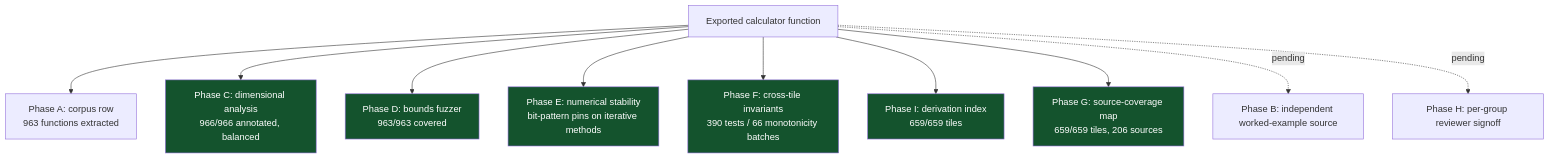
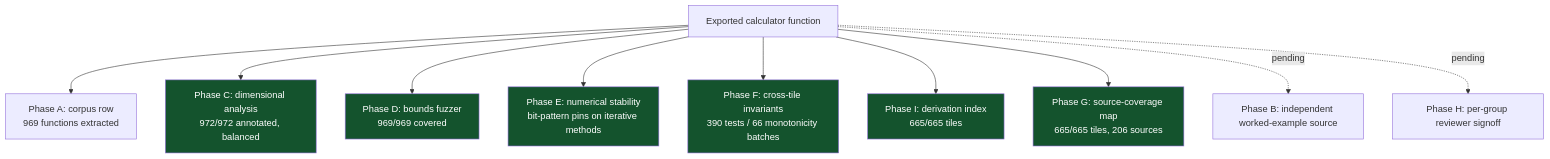
The sixth of 8 diagrams in README.md (clay-good/roughlogic.com), drawn with Mermaid before and after one commit. The commit also changed other lines of this file and 22 other files, not shown here.

````diff
--- a/README.md
+++ b/README.md
@@ -458,18 +460,18 @@
 ```mermaid
 flowchart TB
-    F[Exported calculator function] --> A[Phase A: corpus row\n963 functions extracted]
-    F --> C[Phase C: dimensional analysis\n966/966 annotated, balanced]
-    F --> D[Phase D: bounds fuzzer\n963/963 covered]
+    F[Exported calculator function] --> A[Phase A: corpus row\n969 functions extracted]
+    F --> C[Phase C: dimensional analysis\n972/972 annotated, balanced]
+    F --> D[Phase D: bounds fuzzer\n969/969 covered]
     F --> E[Phase E: numerical stability\nbit-pattern pins on iterative methods]
     F --> Fa[Phase F: cross-tile invariants\n390 tests / 66 monotonicity batches]
-    F --> I[Phase I: derivation index\n659/659 tiles]
-    F --> G[Phase G: source-coverage map\n659/659 tiles, 206 sources]
+    F --> I[Phase I: derivation index\n665/665 tiles]
+    F --> G[Phase G: source-coverage map\n665/665 tiles, 206 sources]
     F -.pending.-> B[Phase B: independent worked-example source]
     F -.pending.-> H[Phase H: per-group reviewer signoff]
     style C fill:#14532d,color:#fff
     style D fill:#14532d,color:#fff
     style E fill:#14532d,color:#fff
     style Fa fill:#14532d,color:#fff
     style G fill:#14532d,color:#fff
     style I fill:#14532d,color:#fff
 ```
````
